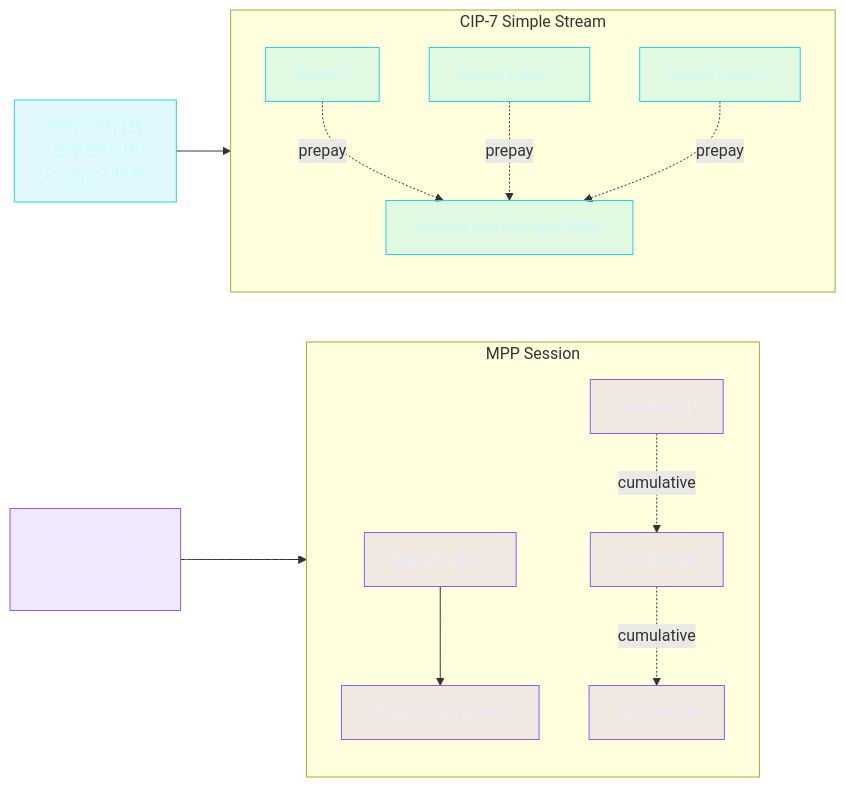
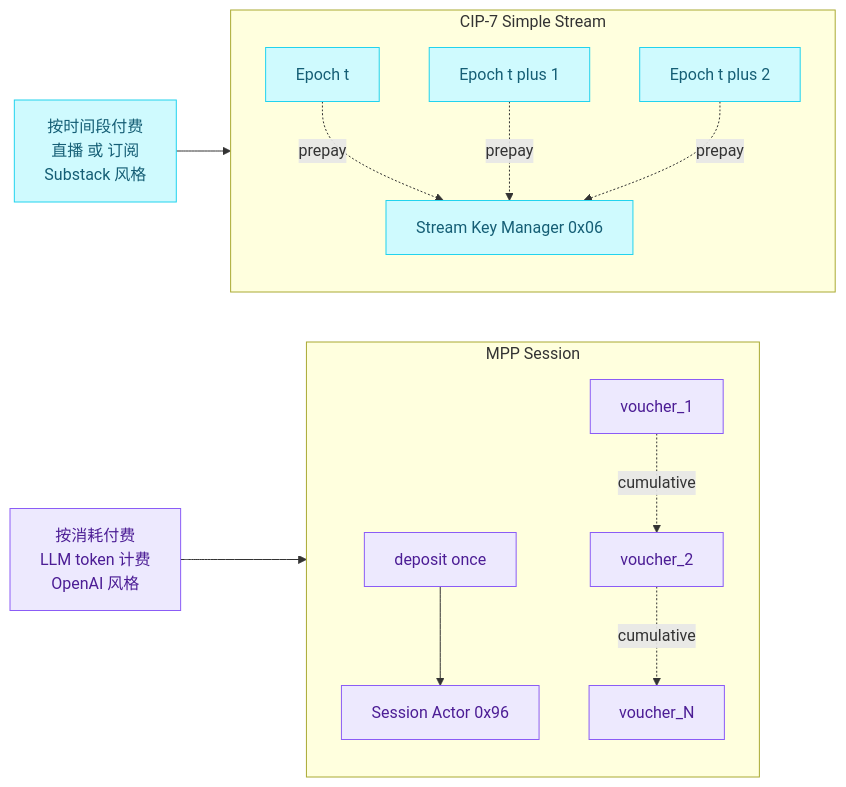
One commit to shawhanken/refs changed the tenth of 11 diagrams in runner/2026-04-28_MPP_Session_Research.md. Above: the diagram before and after it, drawn with Mermaid. The commit also changed other lines of this file, not shown here.

First line of the commit message:
docs: update flowchart and sequence diagram colors for improved clarity

````diff
--- a/runner/2026-04-28_MPP_Session_Research.md
+++ b/runner/2026-04-28_MPP_Session_Research.md
@@ -638,33 +638,33 @@
 ```mermaid
 flowchart LR
     subgraph CIP7["CIP-7 Simple Stream"]
         direction TB
         K["Stream Key Manager 0x06"]
         E1["Epoch t"]
         E2["Epoch t plus 1"]
         E3["Epoch t plus 2"]
         E1 -.->|"prepay"| K
         E2 -.->|"prepay"| K
         E3 -.->|"prepay"| K
     end
 
     subgraph MPPSESS["MPP Session"]
         direction TB
         SA2["Session Actor 0x96"]
         D1["deposit once"]
         V1["voucher_1"]
         V2["voucher_2"]
         VN["voucher_N"]
         D1 --> SA2
         V1 -.->|"cumulative"| V2
         V2 -.->|"cumulative"| VN
     end
 
     UC1["按时间段付费<br/>直播 或 订阅<br/>Substack 风格"] --> CIP7
     UC2["按消耗付费<br/>LLM token 计费<br/>OpenAI 风格"] --> MPPSESS
 
-    classDef cip7 fill:#22d3ee22,stroke:#22d3ee,color:#cffafe
-    classDef mpp fill:#8b5cf622,stroke:#8b5cf6,color:#ede9fe
+    classDef cip7 fill:#cffafe,stroke:#22d3ee,color:#155e75
+    classDef mpp fill:#ede9fe,stroke:#8b5cf6,color:#4c1d95
     class K,E1,E2,E3,UC1 cip7
     class SA2,D1,V1,V2,VN,UC2 mpp
 ```
````
